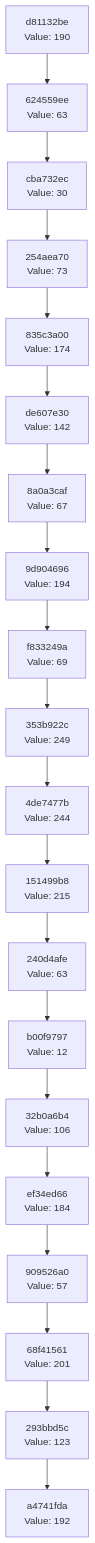
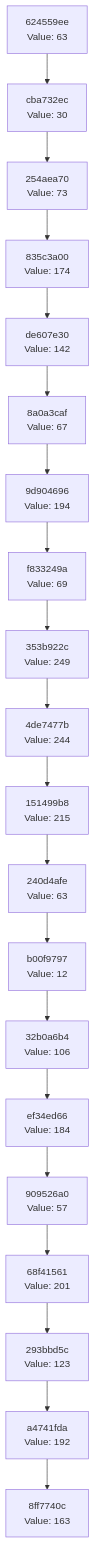
The diagram in docs/CHAIN_VISUALIZATION.md (Abhisheksinha1506/hash-chain-evolver), drawn with Mermaid before and after one commit. The commit also changed 2 other files, not shown here.

Commit message:
Evolution step: hash 0xA3 → action executed

````diff
--- a/docs/CHAIN_VISUALIZATION.md
+++ b/docs/CHAIN_VISUALIZATION.md
@@ -3,42 +3,42 @@
 ```mermaid
 graph TD
-    C0["a4741fda<br/>Value: 192"]
-    C1["293bbd5c<br/>Value: 123"]
+    C0["8ff7740c<br/>Value: 163"]
+    C1["a4741fda<br/>Value: 192"]
     C1 --> C0
-    C2["68f41561<br/>Value: 201"]
+    C2["293bbd5c<br/>Value: 123"]
     C2 --> C1
-    C3["909526a0<br/>Value: 57"]
+    C3["68f41561<br/>Value: 201"]
     C3 --> C2
-    C4["ef34ed66<br/>Value: 184"]
+    C4["909526a0<br/>Value: 57"]
     C4 --> C3
-    C5["32b0a6b4<br/>Value: 106"]
+    C5["ef34ed66<br/>Value: 184"]
     C5 --> C4
-    C6["b00f9797<br/>Value: 12"]
+    C6["32b0a6b4<br/>Value: 106"]
     C6 --> C5
-    C7["240d4afe<br/>Value: 63"]
+    C7["b00f9797<br/>Value: 12"]
     C7 --> C6
-    C8["151499b8<br/>Value: 215"]
+    C8["240d4afe<br/>Value: 63"]
     C8 --> C7
-    C9["4de7477b<br/>Value: 244"]
+    C9["151499b8<br/>Value: 215"]
     C9 --> C8
-    C10["353b922c<br/>Value: 249"]
+    C10["4de7477b<br/>Value: 244"]
     C10 --> C9
-    C11["f833249a<br/>Value: 69"]
+    C11["353b922c<br/>Value: 249"]
     C11 --> C10
-    C12["9d904696<br/>Value: 194"]
+    C12["f833249a<br/>Value: 69"]
     C12 --> C11
-    C13["8a0a3caf<br/>Value: 67"]
+    C13["9d904696<br/>Value: 194"]
     C13 --> C12
-    C14["de607e30<br/>Value: 142"]
+    C14["8a0a3caf<br/>Value: 67"]
     C14 --> C13
-    C15["835c3a00<br/>Value: 174"]
+    C15["de607e30<br/>Value: 142"]
     C15 --> C14
-    C16["254aea70<br/>Value: 73"]
+    C16["835c3a00<br/>Value: 174"]
     C16 --> C15
-    C17["cba732ec<br/>Value: 30"]
+    C17["254aea70<br/>Value: 73"]
     C17 --> C16
-    C18["624559ee<br/>Value: 63"]
+    C18["cba732ec<br/>Value: 30"]
     C18 --> C17
-    C19["d81132be<br/>Value: 190"]
+    C19["624559ee<br/>Value: 63"]
     C19 --> C18
 ```
````
